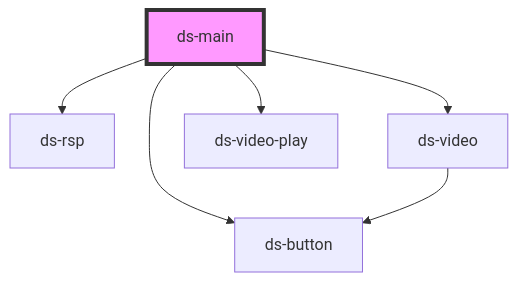
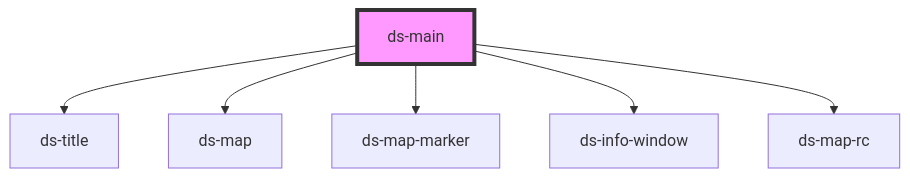
One commit to jezoock/dot-stash changed the diagram in components/readme.md. Above: the diagram before and after it, drawn with Mermaid. The commit also changed other lines of this file and 13 other files, not shown here.

````diff
--- a/components/readme.md
+++ b/components/readme.md
@@ -31,9 +32,9 @@
 ```mermaid
 graph TD;
-  ds-main --> ds-rsp
-  ds-main --> ds-button
-  ds-main --> ds-video
-  ds-main --> ds-video-play
-  ds-video --> ds-button
+  ds-main --> ds-title
+  ds-main --> ds-map
+  ds-main --> ds-map-marker
+  ds-main --> ds-info-window
+  ds-main --> ds-map-rc
   style ds-main fill:#f9f,stroke:#333,stroke-width:4px
 ```
````
